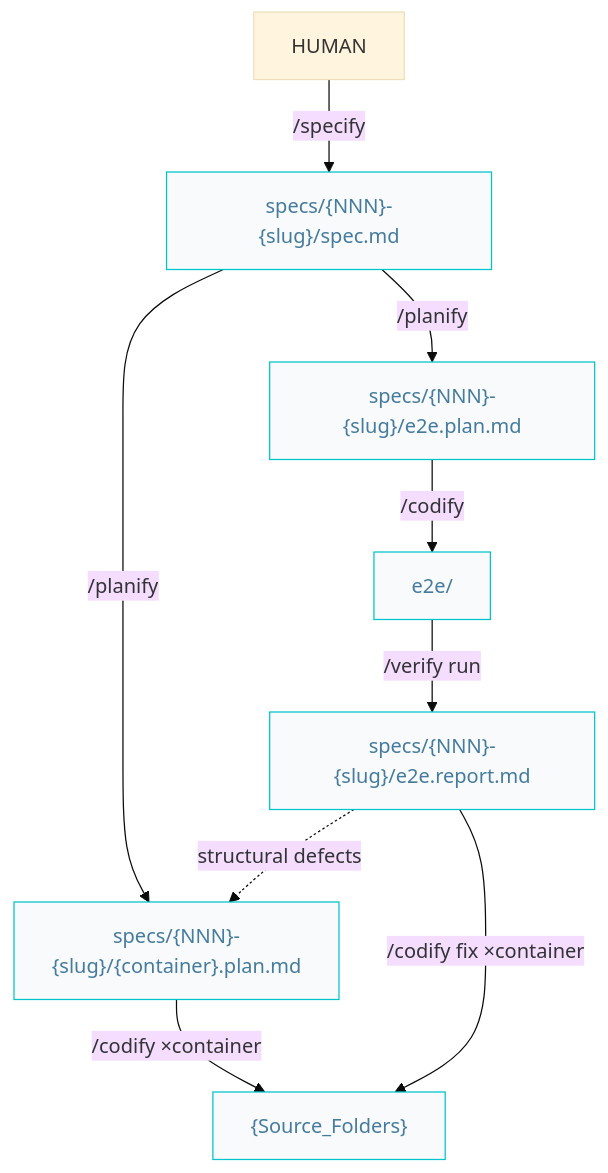
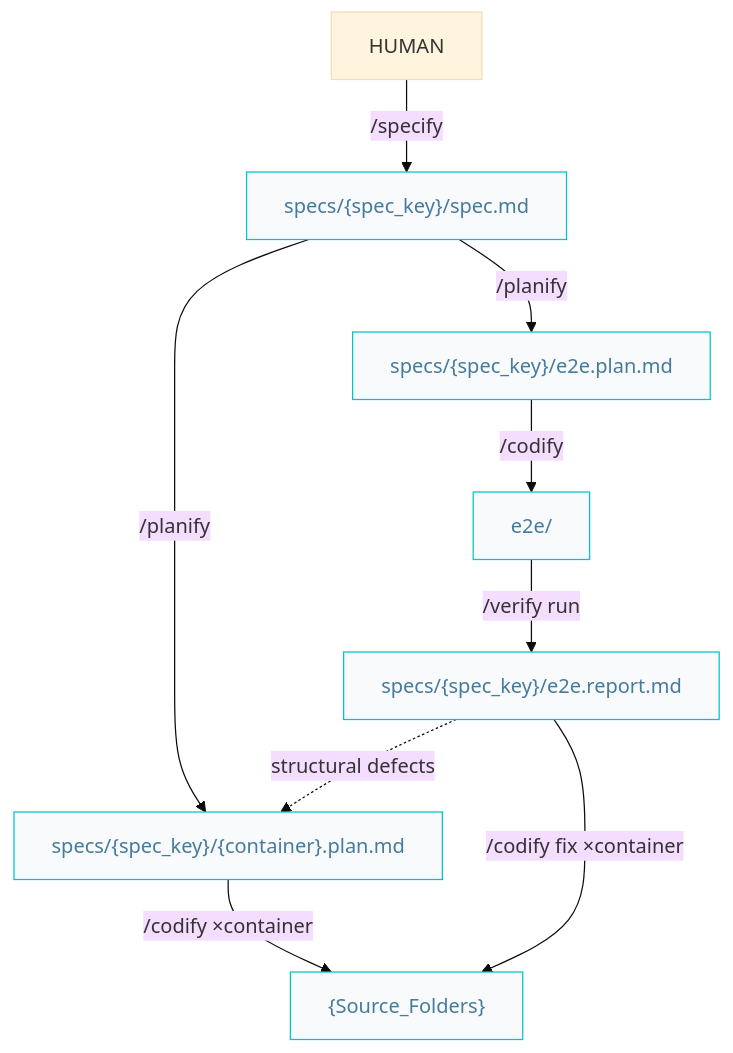
The fifth of 9 diagrams in docs/AIDD.workflow.md (AIDDbot/AIDDbot), drawn with Mermaid (base theme) before and after one commit. The commit also changed other lines of this file and 15 other files, not shown here.

````diff
--- a/docs/AIDD.workflow.md
+++ b/docs/AIDD.workflow.md
@@ -135,21 +135,21 @@
 ```mermaid
 flowchart TD
   HUM[HUMAN]
-  SPC["specs/{NNN}-{slug}/spec.md"]:::nd
-  PLN["specs/{NNN}-{slug}/{container}.plan.md"]:::nd
-  EPL["specs/{NNN}-{slug}/e2e.plan.md"]:::nd
+  SPC["specs/{spec_key}/spec.md"]:::nd
+  PLN["specs/{spec_key}/{container}.plan.md"]:::nd
+  EPL["specs/{spec_key}/e2e.plan.md"]:::nd
   COD["{Source_Folders}"]:::nd
   E2E["e2e/"]:::nd
-  RPT["specs/{NNN}-{slug}/e2e.report.md"]:::nd
+  RPT["specs/{spec_key}/e2e.report.md"]:::nd
 
   HUM -->|/specify| SPC
   SPC -->|/planify| PLN
   SPC -->|/planify| EPL
   PLN -->|/codify ×container| COD
   EPL -->|/codify| E2E
   E2E -->|/verify run| RPT
   RPT -->|/codify fix ×container| COD
   RPT -.->|structural defects| PLN
 
   classDef nd fill:#f8fafc,stroke:#00c4cc,color:#457b9d
 ```
````
